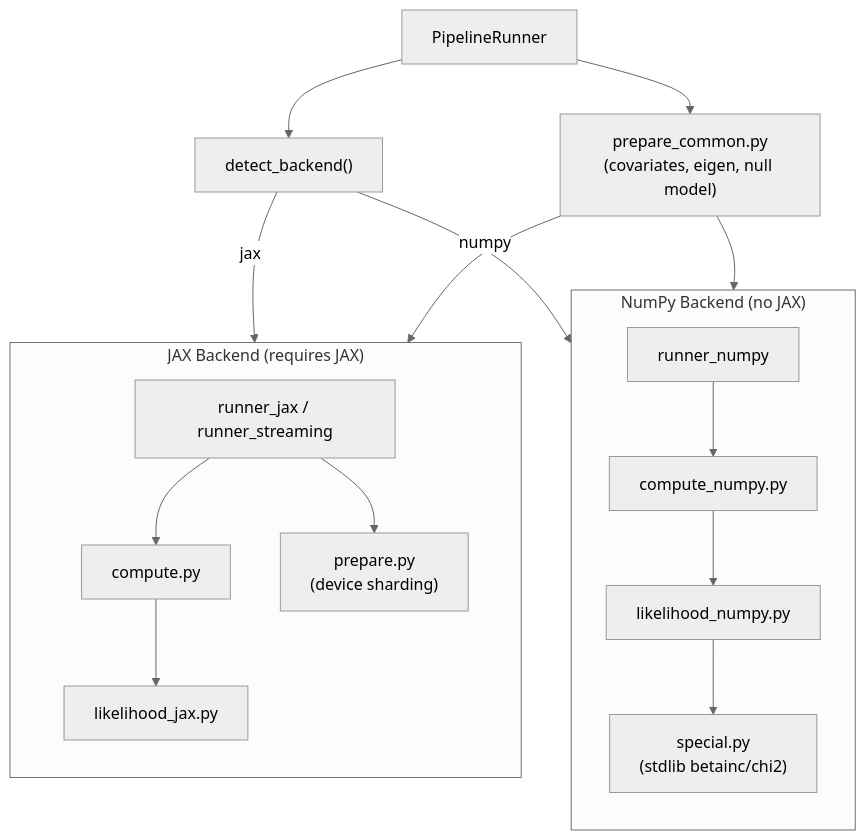
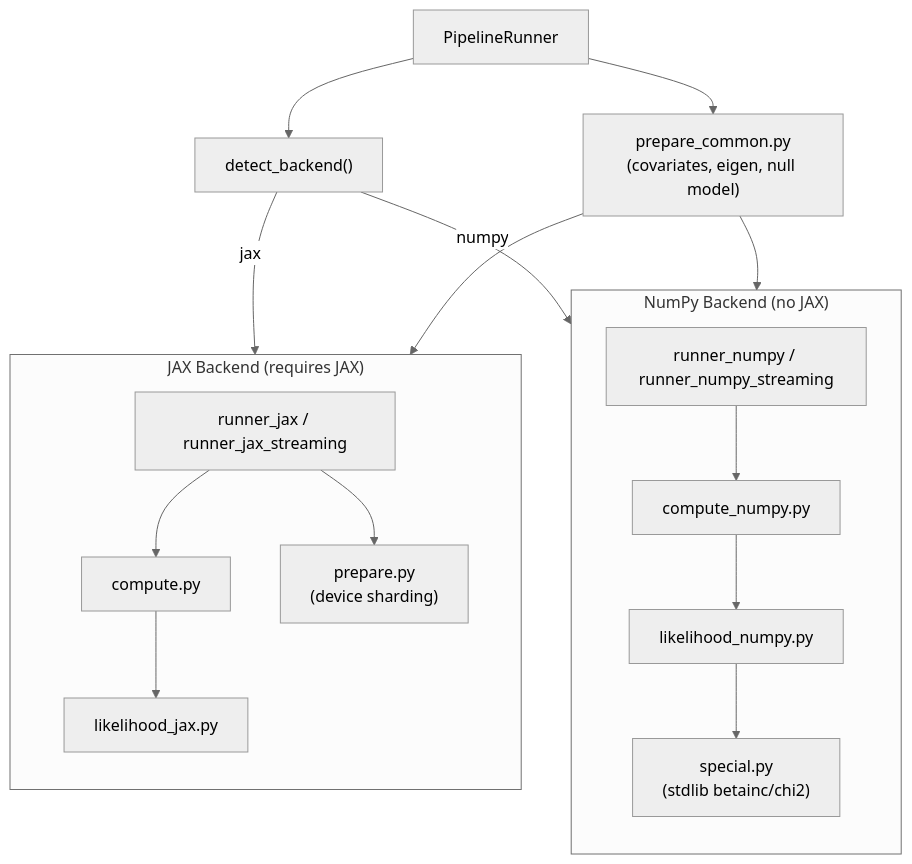
Before and after one commit to michael-denyer/jamma: the fifth of 5 diagrams in docs/CODEMAP.md, drawn with Mermaid (neutral theme). The commit also changed other lines of this file and 7 other files, not shown here.

First line of the commit message:
fix(84): polish numpy-streaming wiring and update docs

````diff
--- a/docs/CODEMAP.md
+++ b/docs/CODEMAP.md
@@ -434,33 +437,33 @@
 ```mermaid
 flowchart TD
     PIPE["PipelineRunner"]
     DET["detect_backend()"]
     PREP["prepare_common.py<br>(covariates, eigen, null model)"]
 
     subgraph JAX["JAX Backend (requires JAX)"]
         direction TB
-        RJ["runner_jax / runner_streaming"]
+        RJ["runner_jax / runner_jax_streaming"]
         CJ["compute.py"]
         LJ["likelihood_jax.py"]
         PJ["prepare.py<br>(device sharding)"]
     end
 
     subgraph NP["NumPy Backend (no JAX)"]
         direction TB
-        RN["runner_numpy"]
+        RN["runner_numpy / runner_numpy_streaming"]
         CN["compute_numpy.py"]
         LN["likelihood_numpy.py"]
         SP["special.py<br>(stdlib betainc/chi2)"]
     end
 
     PIPE --> DET
     DET -->|"jax"| JAX
     DET -->|"numpy"| NP
     PIPE --> PREP
     PREP --> JAX
     PREP --> NP
     RJ --> CJ --> LJ
     RJ --> PJ
     RN --> CN --> LN
     LN --> SP
 ```
````
